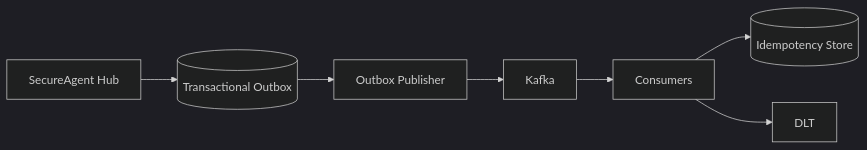
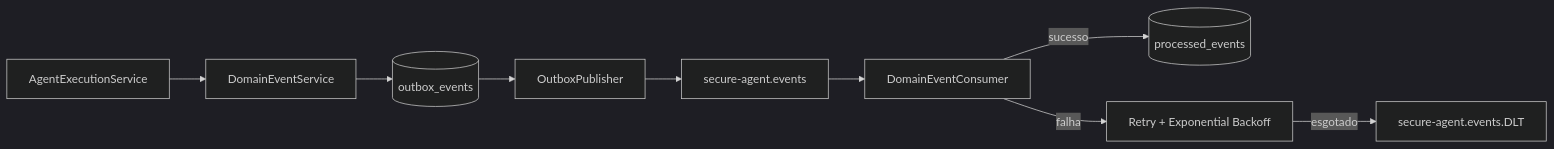
One commit to juceliocoelho2022/secure-agent-hub changed the second of 4 diagrams in docs/ARCHITECTURE.md. Above: the diagram before and after it, drawn with Mermaid (dark theme). The commit also changed other lines of this file and 29 other files, not shown here.

First line of the commit message:
feat: complete v1.2 event-driven architecture

````diff
--- a/docs/ARCHITECTURE.md
+++ b/docs/ARCHITECTURE.md
@@ -52,9 +58,11 @@
 ```mermaid
 flowchart LR
-    APP[SecureAgent Hub] --> OUTBOX[(Transactional Outbox)]
-    OUTBOX --> PUB[Outbox Publisher]
-    PUB --> K[Kafka]
-    K --> CON[Consumers]
-    CON --> IDEM[(Idempotency Store)]
-    CON --> DLT[DLT]
+    SVC[AgentExecutionService] --> DES[DomainEventService]
+    DES --> OUTBOX[(outbox_events)]
+    OUTBOX --> PUB[OutboxPublisher]
+    PUB --> K[secure-agent.events]
+    K --> CON[DomainEventConsumer]
+    CON -->|sucesso| IDEM[(processed_events)]
+    CON -->|falha| RETRY[Retry + Exponential Backoff]
+    RETRY -->|esgotado| DLT[secure-agent.events.DLT]
 ```
````
